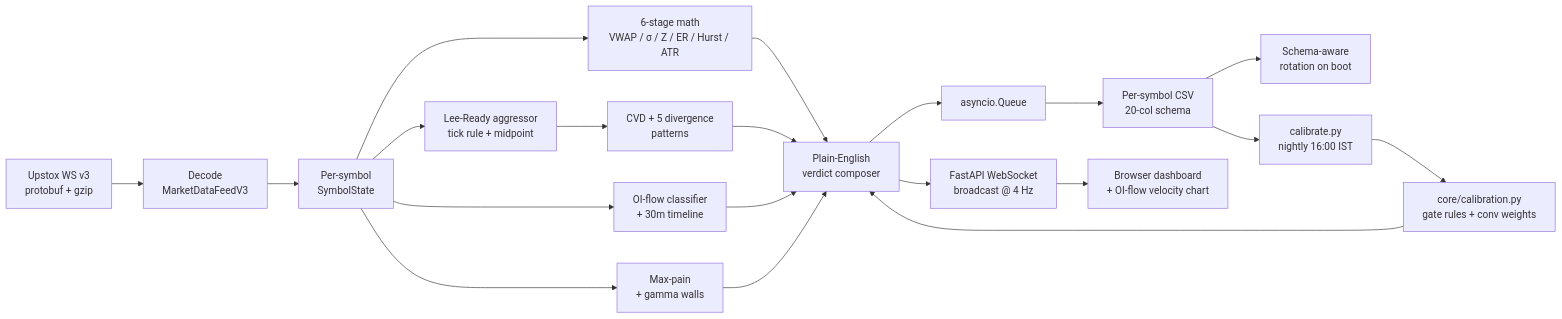
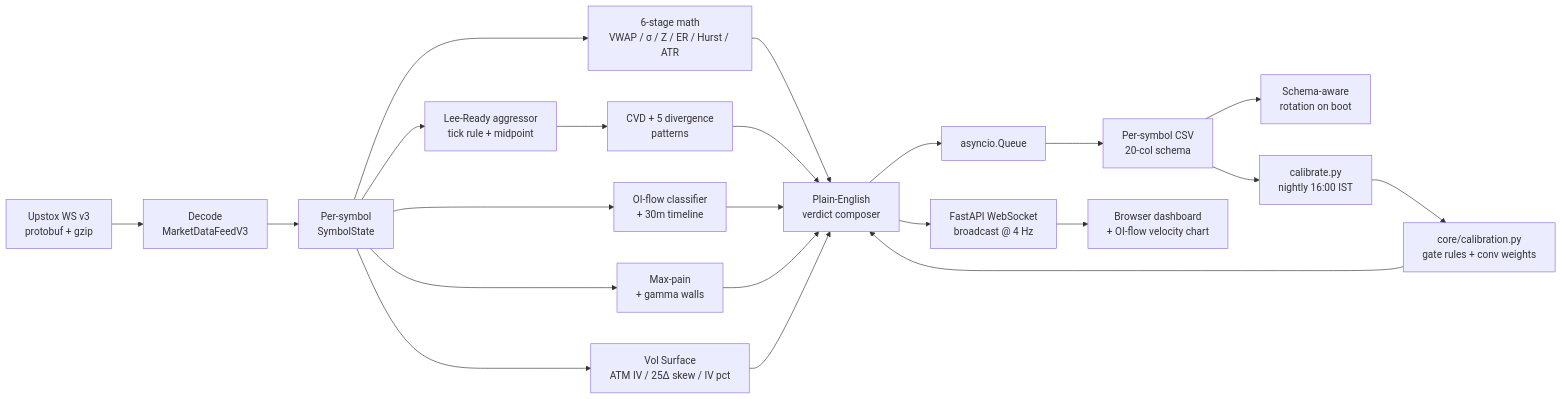
Before and after one commit to Adhi-opp/GammaLeak: the diagram in README.md, drawn with Mermaid. The commit also changed other lines of this file, not shown here.

First line of the commit message:
docs(readme): update README for Phase 5 vol surface + verified live numbers

````diff
--- a/README.md
+++ b/README.md
@@ -37,22 +37,24 @@
 ```mermaid
 flowchart LR
     UP[Upstox WS v3<br/>protobuf + gzip] --> DEC[Decode<br/>MarketDataFeedV3]
     DEC --> ST[Per-symbol<br/>SymbolState]
     ST --> MATH[6-stage math<br/>VWAP / σ / Z / ER / Hurst / ATR]
     ST --> AGG[Lee-Ready aggressor<br/>tick rule + midpoint]
     AGG --> CVD[CVD + 5 divergence<br/>patterns]
     ST --> OIF[OI-flow classifier<br/>+ 30m timeline]
     ST --> OIL[Max-pain<br/>+ gamma walls]
+    ST --> VOL[Vol Surface<br/>ATM IV / 25Δ skew / IV pct]
     MATH --> VER[Plain-English<br/>verdict composer]
     CVD --> VER
     OIF --> VER
     OIL --> VER
+    VOL --> VER
     VER --> Q[asyncio.Queue]
     Q --> DISK[Per-symbol CSV<br/>20-col schema]
     DISK --> ROT[Schema-aware<br/>rotation on boot]
     VER --> WS[FastAPI WebSocket<br/>broadcast @ 4 Hz]
     WS --> UI[Browser dashboard<br/>+ OI-flow velocity chart]
     DISK --> CAL[calibrate.py<br/>nightly 16:00 IST]
     CAL --> CALPY[core/calibration.py<br/>gate rules + conv weights]
     CALPY --> VER
 ```
````
